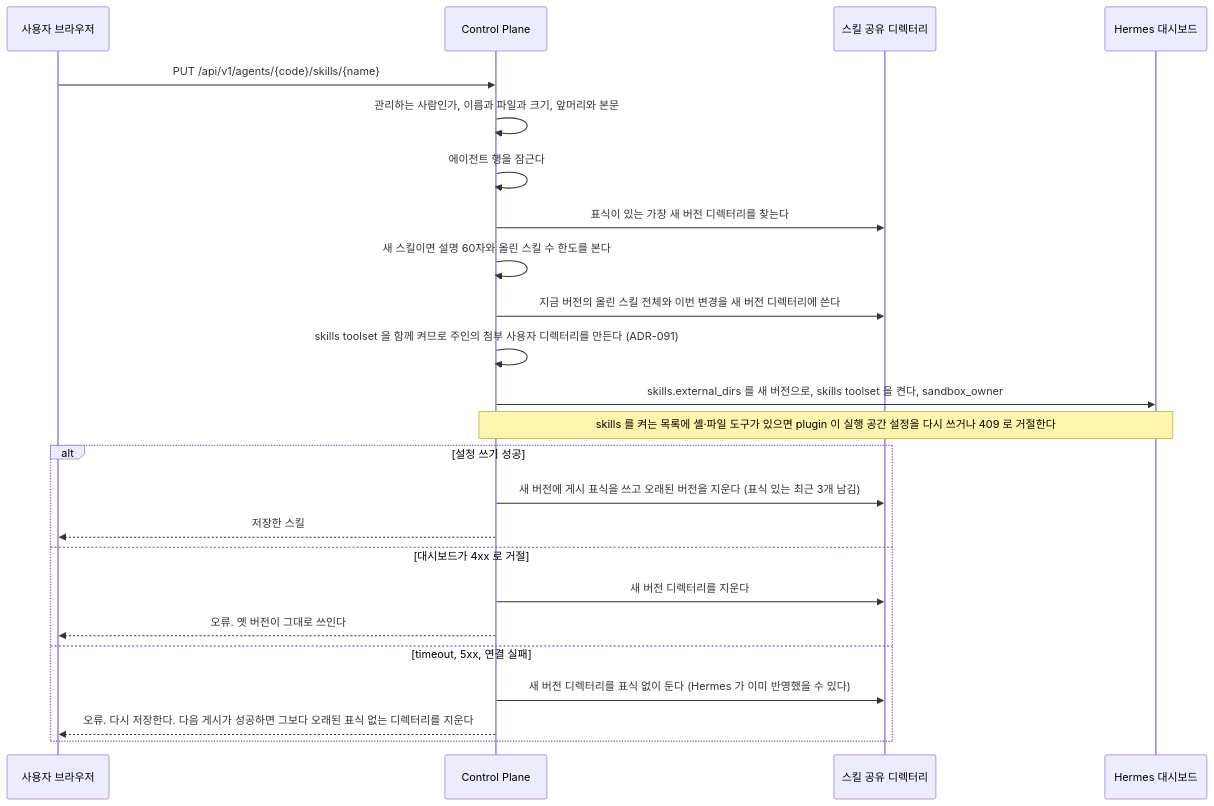
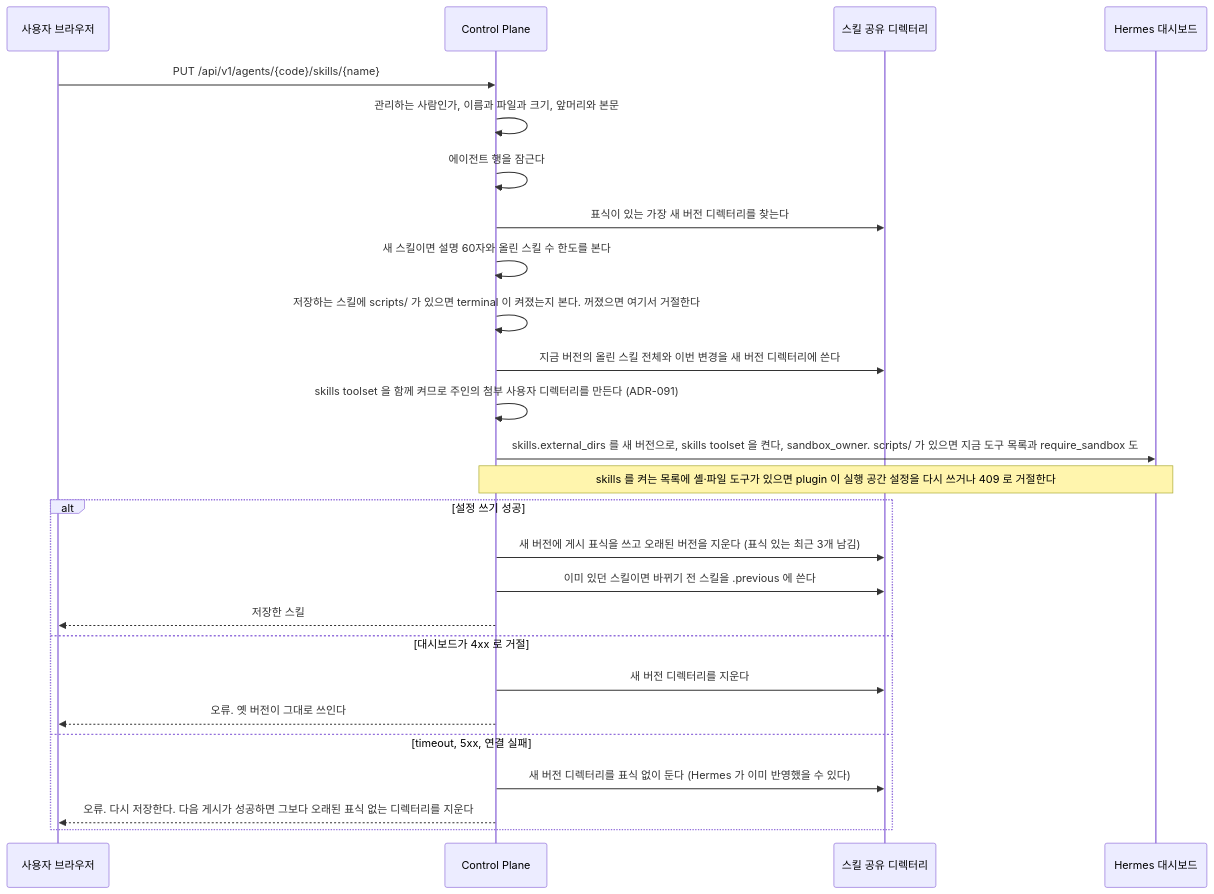
The first of 2 diagrams in docs/backend/skill.md (jon890/fos-assistant), drawn with Mermaid before and after one commit. The commit also changed other lines of this file and 10 other files, not shown here.

````diff
--- a/docs/backend/skill.md
+++ b/docs/backend/skill.md
@@ -107,27 +107,29 @@
 ```mermaid
 sequenceDiagram
     participant U as 사용자 브라우저
     participant C as Control Plane
     participant F as 스킬 공유 디렉터리
     participant D as Hermes 대시보드
 
     U->>C: PUT /api/v1/agents/{code}/skills/{name}
     C->>C: 관리하는 사람인가, 이름과 파일과 크기, 앞머리와 본문
     C->>C: 에이전트 행을 잠근다
     C->>F: 표식이 있는 가장 새 버전 디렉터리를 찾는다
     C->>C: 새 스킬이면 설명 60자와 올린 스킬 수 한도를 본다
+    C->>C: 저장하는 스킬에 scripts/ 가 있으면 terminal 이 켜졌는지 본다. 꺼졌으면 여기서 거절한다
     C->>F: 지금 버전의 올린 스킬 전체와 이번 변경을 새 버전 디렉터리에 쓴다
     C->>C: skills toolset 을 함께 켜므로 주인의 첨부 사용자 디렉터리를 만든다 (ADR-091)
-    C->>D: skills.external_dirs 를 새 버전으로, skills toolset 을 켠다, sandbox_owner
+    C->>D: skills.external_dirs 를 새 버전으로, skills toolset 을 켠다, sandbox_owner. scripts/ 가 있으면 지금 도구 목록과 require_sandbox 도
     Note over C,D: skills 를 켜는 목록에 셸·파일 도구가 있으면 plugin 이 실행 공간 설정을 다시 쓰거나 409 로 거절한다
     alt 설정 쓰기 성공
         C->>F: 새 버전에 게시 표식을 쓰고 오래된 버전을 지운다 (표식 있는 최근 3개 남김)
+        C->>F: 이미 있던 스킬이면 바뀌기 전 스킬을 .previous 에 쓴다
         C-->>U: 저장한 스킬
     else 대시보드가 4xx 로 거절
         C->>F: 새 버전 디렉터리를 지운다
         C-->>U: 오류. 옛 버전이 그대로 쓰인다
     else timeout, 5xx, 연결 실패
         C->>F: 새 버전 디렉터리를 표식 없이 둔다 (Hermes 가 이미 반영했을 수 있다)
         C-->>U: 오류. 다시 저장한다. 다음 게시가 성공하면 그보다 오래된 표식 없는 디렉터리를 지운다
     end
 ```
````
